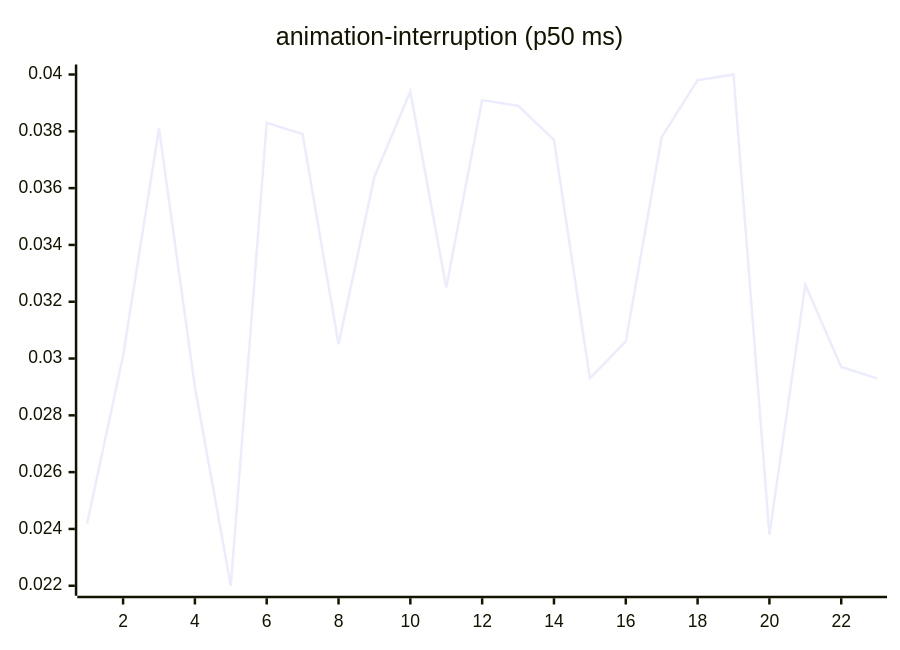
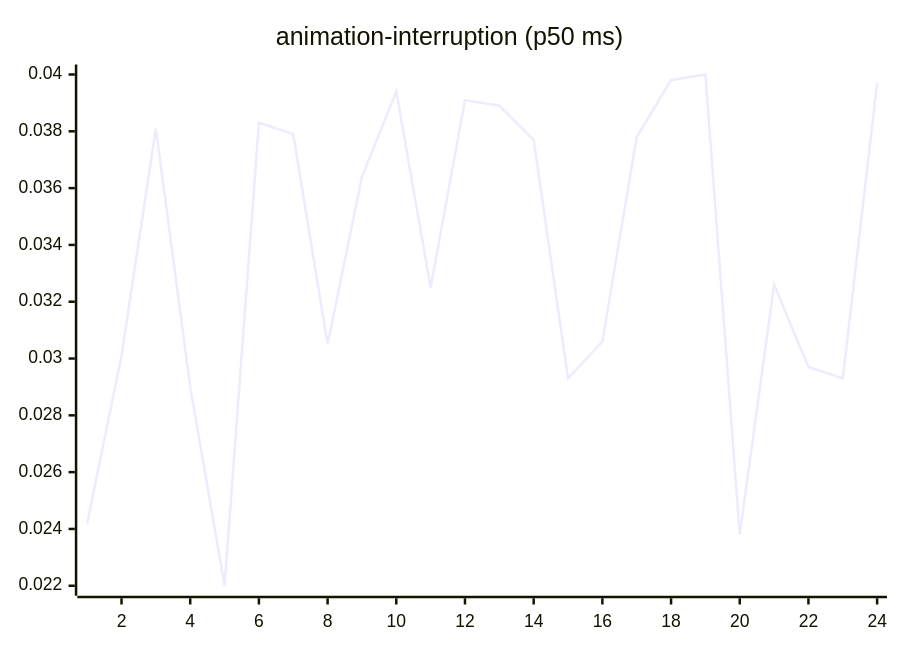
The third of 27 diagrams in README.md (josha/Facet), drawn with Mermaid before and after one commit. The commit also changed other lines of this file and 2 other files, not shown here.

````diff
--- a/README.md
+++ b/README.md
@@ -77,6 +77,6 @@
 ```mermaid
 xychart-beta
     title "animation-interruption (p50 ms)"
-    x-axis 1 --> 23
-    line [0.0242, 0.0301, 0.0381, 0.0290, 0.0220, 0.0383, 0.0379, 0.0305, 0.0364, 0.0394, 0.0325, 0.0391, 0.0389, 0.0377, 0.0293, 0.0306, 0.0378, 0.0398, 0.0400, 0.0238, 0.0326, 0.0297, 0.0293]
+    x-axis 1 --> 24
+    line [0.0242, 0.0301, 0.0381, 0.0290, 0.0220, 0.0383, 0.0379, 0.0305, 0.0364, 0.0394, 0.0325, 0.0391, 0.0389, 0.0377, 0.0293, 0.0306, 0.0378, 0.0398, 0.0400, 0.0238, 0.0326, 0.0297, 0.0293, 0.0397]
 ```
````
